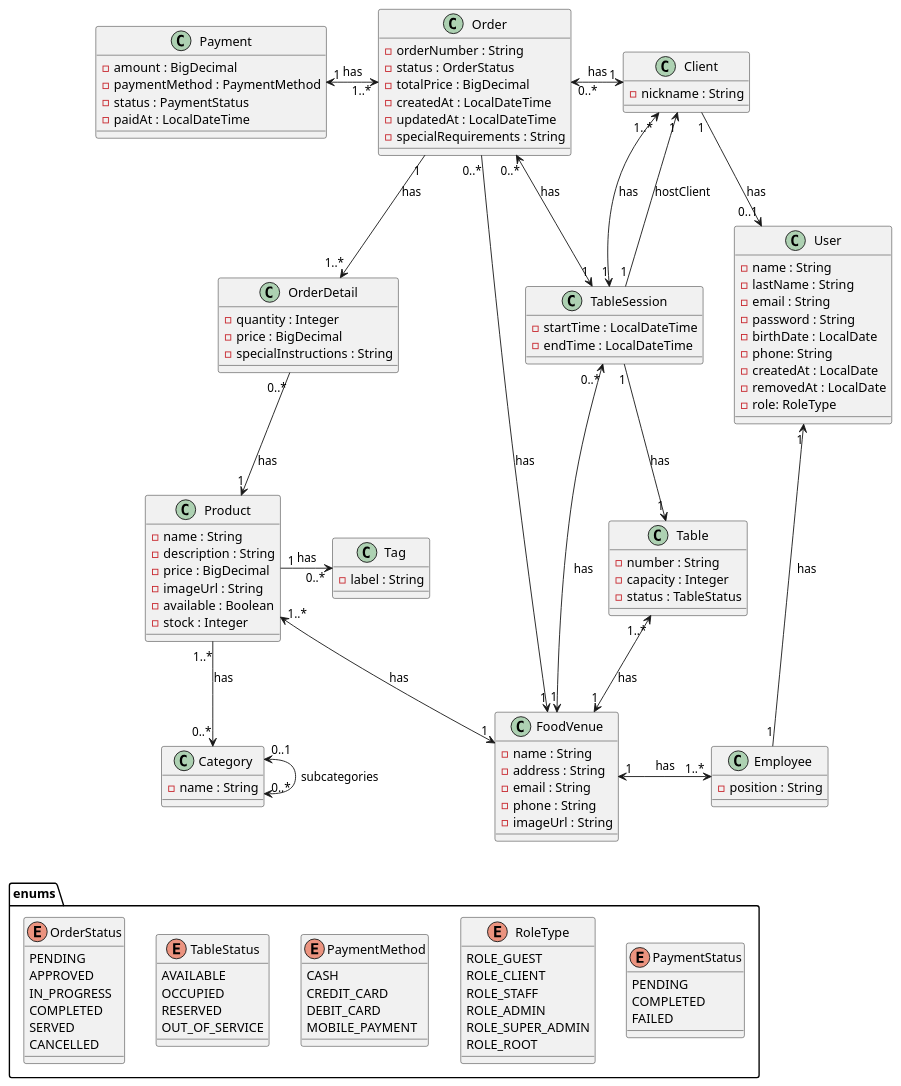
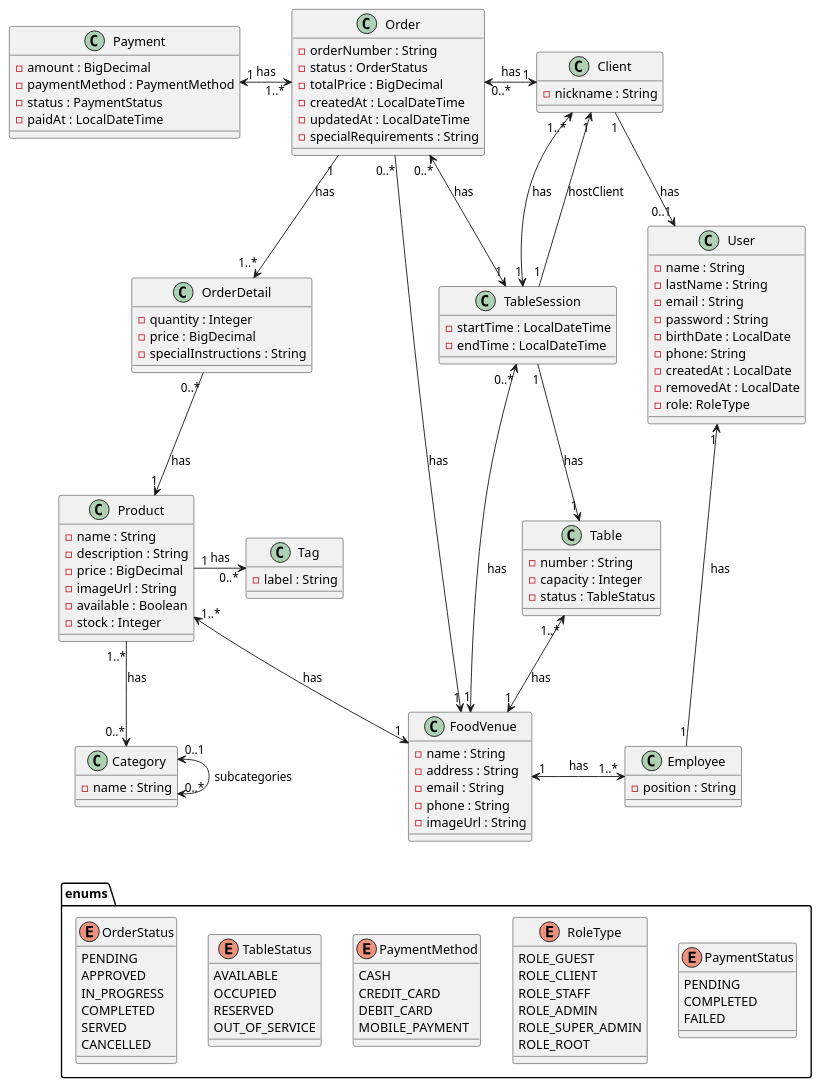
The diagram in src/main/resources/diagrams/FoodVenues.puml (RodriLang/food-ordering-API), drawn with PlantUML before and after one commit. The commit also changed 7 other files, not shown here.

```diff
--- a/src/main/resources/diagrams/FoodVenues.puml
+++ b/src/main/resources/diagrams/FoodVenues.puml
@@ -1,157 +1,157 @@
 @startuml
 
 
 ' === Main entities ===
 
 class User {
     - name : String
     - lastName : String
     - email : String
     - password : String
     - birthDate : LocalDate
     - phone: String
     - createdAt : LocalDate
     - removedAt : LocalDate
     - role: RoleType
 }
 
 class Client {
     - nickname : String
 }
 
 class Employee {
     - position : String
 }
 
 class FoodVenue {
     - name : String
     - address : String
     - email : String
     - phone : String
     - imageUrl : String
 }
 
 class Table {
     - number : String
     - capacity : Integer
     - status : TableStatus
 }
 
 class TableSession {
     - startTime : LocalDateTime
     - endTime : LocalDateTime
 }
 
 
 
 class Product {
     - name : String
     - description : String
     - price : BigDecimal
     - imageUrl : String
     - available : Boolean
     - stock : Integer
 }
 
 class Category {
     - name : String
 }
 
 class Tag {
     - label : String
 }
 
 class Order {
     - orderNumber : String
     - status : OrderStatus
     - totalPrice : BigDecimal
     - createdAt : LocalDateTime
     - updatedAt : LocalDateTime
     - specialRequirements : String
 }
 
 class OrderDetail {
     -quantity : Integer
     -price : BigDecimal
     -specialInstructions : String
 }
 
 class Payment {
     - amount : BigDecimal
     - paymentMethod : PaymentMethod
     - status : PaymentStatus
     - paidAt : LocalDateTime
 }
 
 
 ' === Enums ===
 package enums {
     enum TableStatus {
         AVAILABLE
         OCCUPIED
         RESERVED
         OUT_OF_SERVICE
     }
 
     enum RoleType {
         ROLE_GUEST
         ROLE_CLIENT
         ROLE_STAFF
         ROLE_ADMIN
         ROLE_SUPER_ADMIN
         ROLE_ROOT
     }
 
     enum OrderStatus {
         PENDING
         APPROVED
         IN_PROGRESS
         COMPLETED
         SERVED
         CANCELLED
     }
 
     enum PaymentStatus {
         PENDING
         COMPLETED
         FAILED
     }
 
     enum PaymentMethod {
       CASH
       CREDIT_CARD
       DEBIT_CARD
       MOBILE_PAYMENT
     }
 }
 
 ' === Relations ===
 FoodVenue "1" <-up-> "1..*" Table : has
 FoodVenue "1" <-up-> "0..*" TableSession : has
 FoodVenue "1" <-left-> "1..*" Product : has
 FoodVenue "1" <-left- "0..*" Order : has
 FoodVenue "1" <-right-> "1..*" Employee : has
 Product "1..*" -down-> "0..*" Category : has
 Product "1" -right-> "0..*" Tag : has
 TableSession "1" <-left-> "0..*" Order : has
 TableSession "1" <-up-> "1..*" Client : has
 TableSession "1" --> "1" Client : hostClient
 TableSession "1" -down-> "1" Table : has
 Payment "1" <-right-> "1..*" Order : has
 Client "1" <-left-> "0..* " Order : has
 Order "1" -down-> "1..*" OrderDetail : has
 OrderDetail "0..*" -down-> "1" Product : has
 Client "1" -down-> "0..1" User : has
 Employee "1" -up-> "1" User : has
 Category "0..1" <--> "0..*" Category : subcategories
 
 
 
 
 TableStatus -right[hidden]- PaymentMethod
 TableStatus -left[hidden]- OrderStatus
 PaymentMethod -right[hidden]- RoleType
 RoleType -right[hidden]- PaymentStatus
-TableStatus -up[hidden]- Category
+OrderStatus -up[hidden]- Category
 
 @enduml
```
